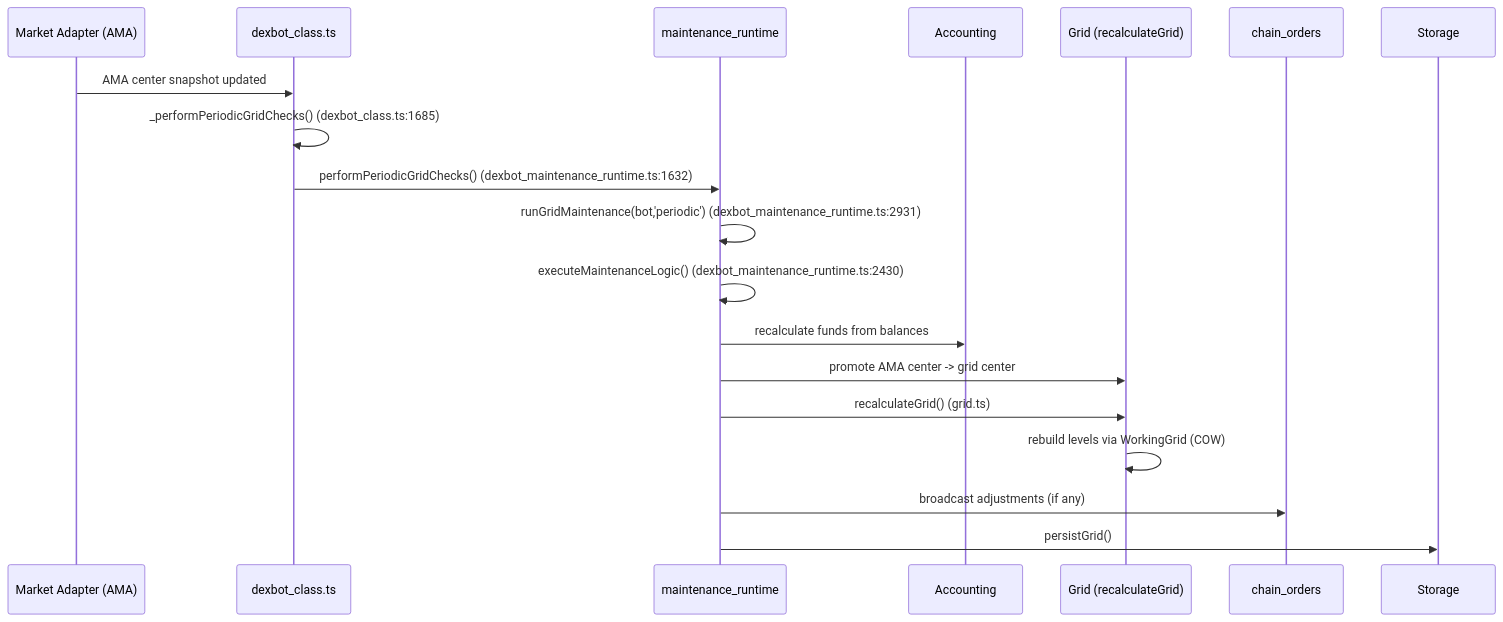
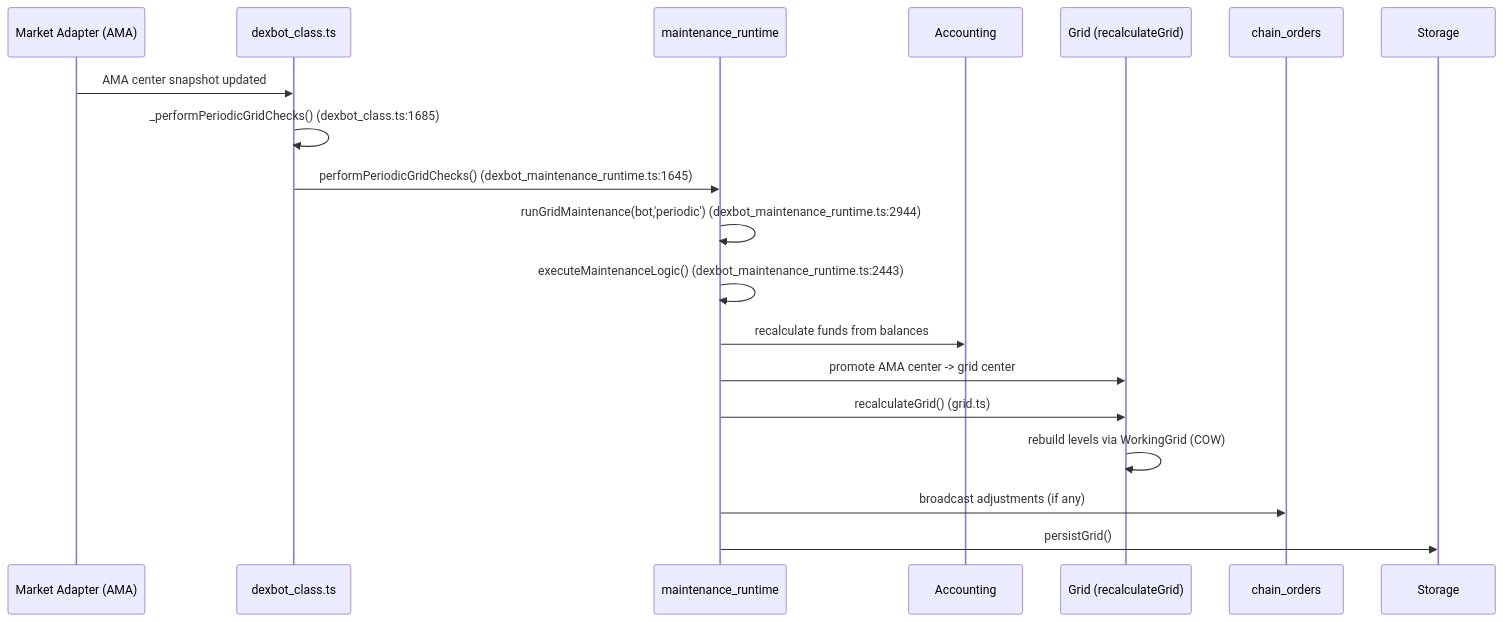
Before and after one commit to bitshares/DEXBot2: the fourth of 4 diagrams in docs/LIFECYCLE.md, drawn with Mermaid. The commit also changed other lines of this file and 9 other files, not shown here.

````diff
--- a/docs/LIFECYCLE.md
+++ b/docs/LIFECYCLE.md
@@ -126,22 +126,22 @@
 ```mermaid
 sequenceDiagram
     participant MA as Market Adapter (AMA)
     participant CL as dexbot_class.ts
     participant RT as maintenance_runtime
     participant AC as Accounting
     participant GD as Grid (recalculateGrid)
     participant CO as chain_orders
     participant STORE as Storage
 
     MA->>CL: AMA center snapshot updated
     CL->>CL: _performPeriodicGridChecks()  (dexbot_class.ts:1685)
-    CL->>RT: performPeriodicGridChecks()  (dexbot_maintenance_runtime.ts:1632)
-    RT->>RT: runGridMaintenance(bot,'periodic')  (dexbot_maintenance_runtime.ts:2931)
-    RT->>RT: executeMaintenanceLogic()  (dexbot_maintenance_runtime.ts:2430)
+    CL->>RT: performPeriodicGridChecks()  (dexbot_maintenance_runtime.ts:1645)
+    RT->>RT: runGridMaintenance(bot,'periodic')  (dexbot_maintenance_runtime.ts:2944)
+    RT->>RT: executeMaintenanceLogic()  (dexbot_maintenance_runtime.ts:2443)
     RT->>AC: recalculate funds from balances
     RT->>GD: promote AMA center -> grid center
     RT->>GD: recalculateGrid()  (grid.ts)
     GD->>GD: rebuild levels via WorkingGrid (COW)
     RT->>CO: broadcast adjustments (if any)
     RT->>STORE: persistGrid()
 ```
````
